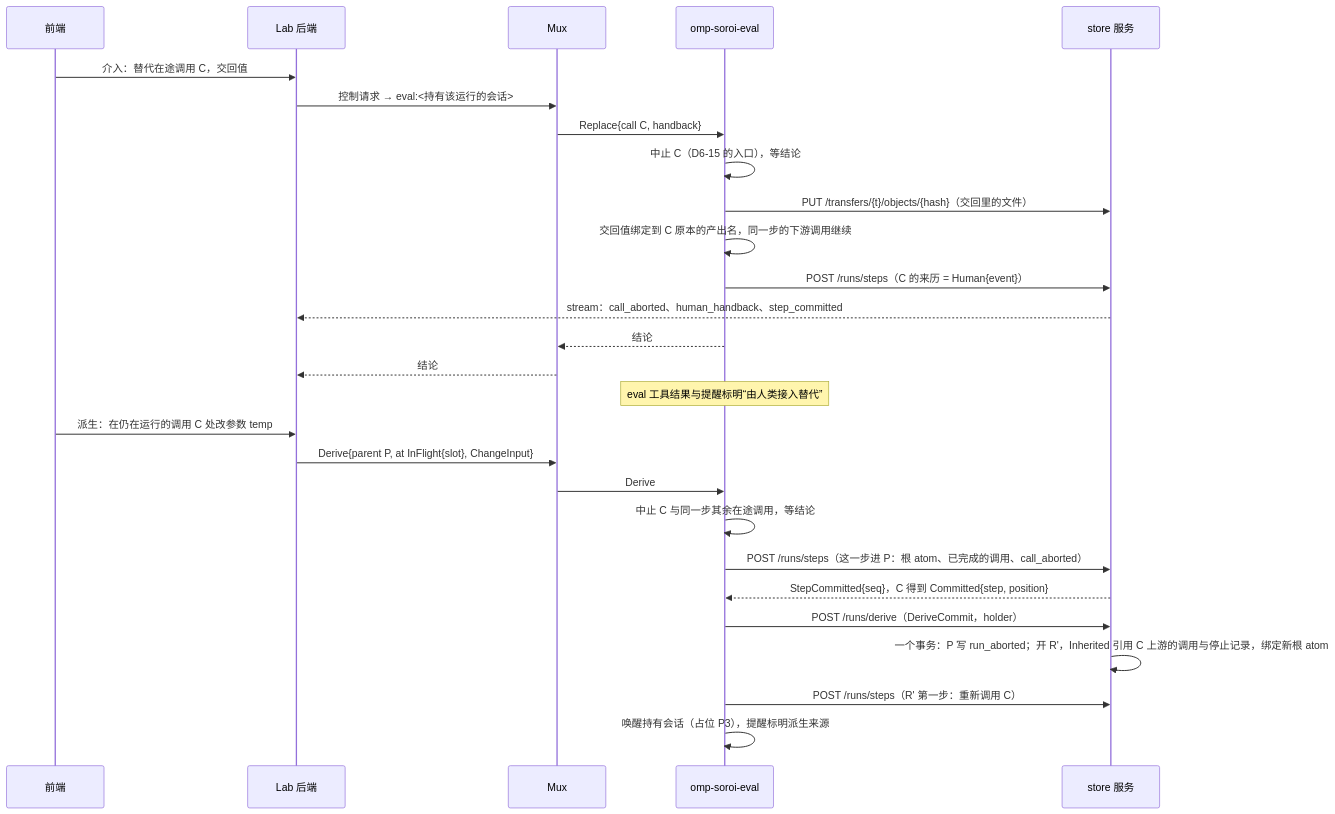
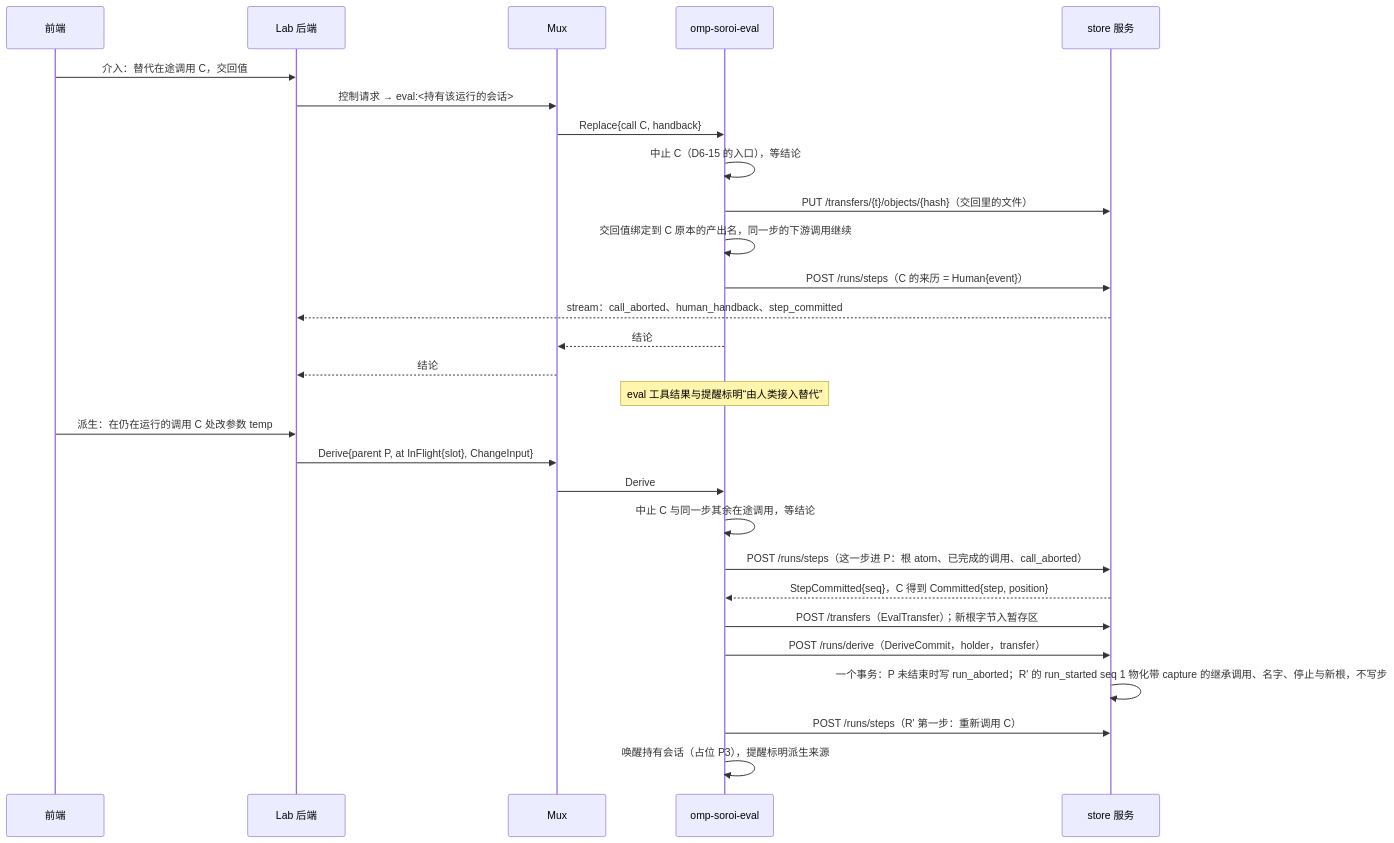
Before and after one commit to Pepgent/PM: the second of 2 diagrams in evidence/decisions/D6-store-service.md, drawn with Mermaid. The commit also changed other lines of this file and 6 other files, not shown here.

````diff
--- a/evidence/decisions/D6-store-service.md
+++ b/evidence/decisions/D6-store-service.md
@@ -260,29 +282,30 @@
 ```mermaid
 sequenceDiagram
   participant GUI as 前端
   participant LAB as Lab 后端
   participant MUX as Mux
   participant EV as omp-soroi-eval
   participant ST as store 服务
   GUI->>LAB: 介入：替代在途调用 C，交回值
   LAB->>MUX: 控制请求 → eval:<持有该运行的会话>
   MUX->>EV: Replace{call C, handback}
   EV->>EV: 中止 C（D6-15 的入口），等结论
   EV->>ST: PUT /transfers/{t}/objects/{hash}（交回里的文件）
   EV->>EV: 交回值绑定到 C 原本的产出名，同一步的下游调用继续
   EV->>ST: POST /runs/steps（C 的来历 = Human{event}）
   ST-->>LAB: stream：call_aborted、human_handback、step_committed
   EV-->>MUX: 结论
   MUX-->>LAB: 结论
   Note over EV: eval 工具结果与提醒标明“由人类接入替代”
   GUI->>LAB: 派生：在仍在运行的调用 C 处改参数 temp
   LAB->>MUX: Derive{parent P, at InFlight{slot}, ChangeInput}
   MUX->>EV: Derive
   EV->>EV: 中止 C 与同一步其余在途调用，等结论
   EV->>ST: POST /runs/steps（这一步进 P：根 atom、已完成的调用、call_aborted）
   ST-->>EV: StepCommitted{seq}，C 得到 Committed{step, position}
-  EV->>ST: POST /runs/derive（DeriveCommit，holder）
-  ST->>ST: 一个事务：P 写 run_aborted；开 R'，Inherited 引用 C 上游的调用与停止记录，绑定新根 atom
+  EV->>ST: POST /transfers（EvalTransfer）；新根字节入暂存区
+  EV->>ST: POST /runs/derive（DeriveCommit，holder，transfer）
+  ST->>ST: 一个事务：P 未结束时写 run_aborted；R' 的 run_started seq 1 物化带 capture 的继承调用、名字、停止与新根，不写步
   EV->>ST: POST /runs/steps（R' 第一步：重新调用 C）
   EV->>EV: 唤醒持有会话（占位 P3），提醒标明派生来源
 ```
````
